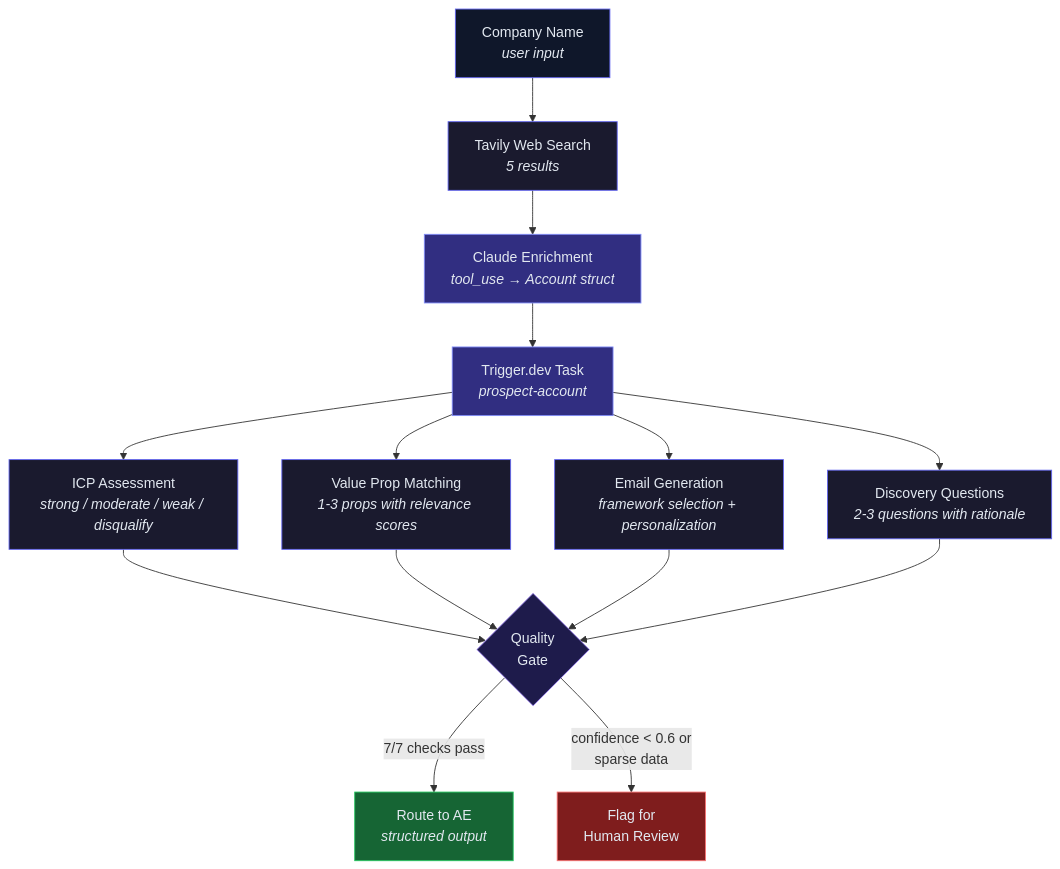
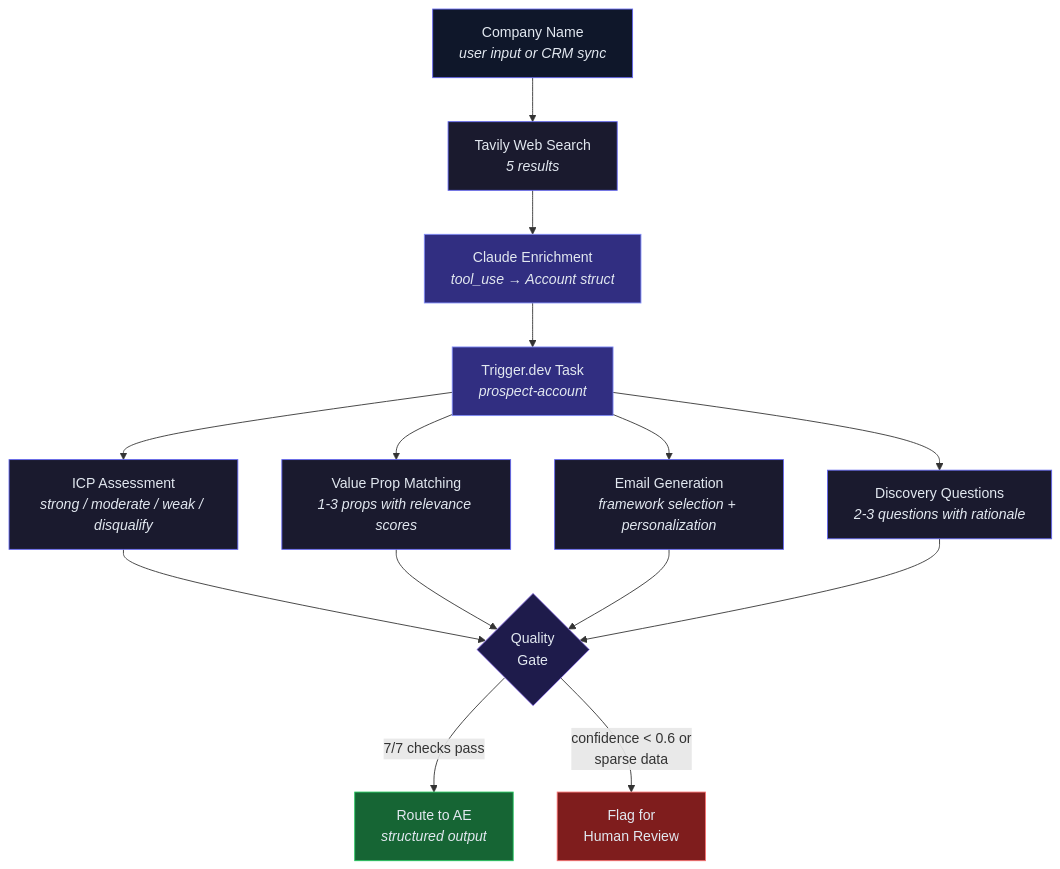
The diagram in README.md (liamc225/prospecting-agent-demo), drawn with Mermaid before and after one commit. The commit also changed other lines of this file, not shown here.

Commit message:
Simplify README, add CRM integration section, remove demo link

````diff
--- a/README.md
+++ b/README.md
@@ -11,32 +7,32 @@
 ```mermaid
 flowchart TD
-    A["Company Name<br/><i>user input</i>"] --> B["Tavily Web Search<br/><i>5 results</i>"]
+    A["Company Name<br/><i>user input or CRM sync</i>"] --> B["Tavily Web Search<br/><i>5 results</i>"]
     B --> C["Claude Enrichment<br/><i>tool_use → Account struct</i>"]
 
     C --> D["Trigger.dev Task<br/><i>prospect-account</i>"]
 
     D --> E["ICP Assessment<br/><i>strong / moderate / weak / disqualify</i>"]
     D --> F["Value Prop Matching<br/><i>1-3 props with relevance scores</i>"]
     D --> G["Email Generation<br/><i>framework selection + personalization</i>"]
     D --> H["Discovery Questions<br/><i>2-3 questions with rationale</i>"]
 
     E --> I{Quality<br/>Gate}
     F --> I
     G --> I
     H --> I
 
     I -->|"7/7 checks pass"| J["Route to AE<br/><i>structured output</i>"]
     I -->|"confidence < 0.6 or<br/>sparse data"| K["Flag for<br/>Human Review"]
 
     style A fill:#0f172a,stroke:#6366f1,color:#e2e8f0
     style B fill:#1a1a2e,stroke:#6366f1,color:#e2e8f0
     style C fill:#312e81,stroke:#818cf8,color:#e2e8f0
     style D fill:#312e81,stroke:#818cf8,color:#e2e8f0
     style E fill:#1a1a2e,stroke:#6366f1,color:#e2e8f0
     style F fill:#1a1a2e,stroke:#6366f1,color:#e2e8f0
     style G fill:#1a1a2e,stroke:#6366f1,color:#e2e8f0
     style H fill:#1a1a2e,stroke:#6366f1,color:#e2e8f0
     style I fill:#1e1b4b,stroke:#a78bfa,color:#e2e8f0
     style J fill:#166534,stroke:#22c55e,color:#e2e8f0
     style K fill:#7f1d1d,stroke:#f87171,color:#e2e8f0
 ```
````
